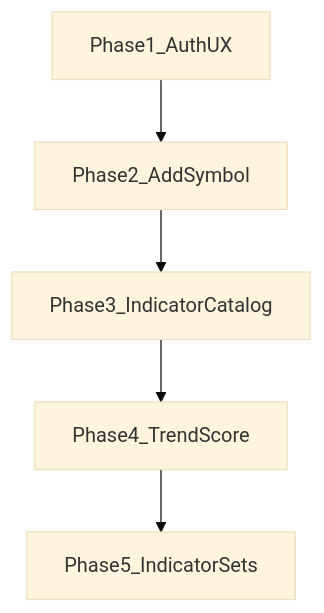
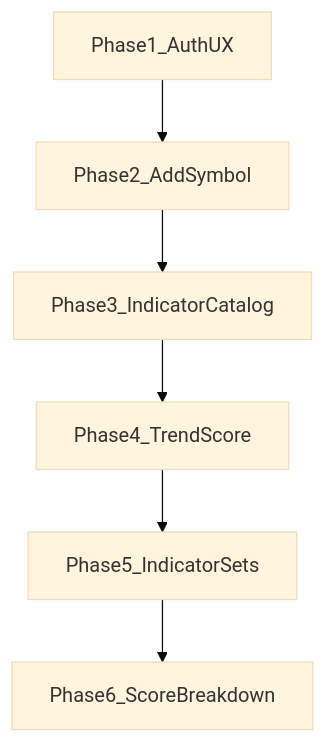
One commit to KenichiroArai/market-platform changed the diagram in docs/roadmap/v0/v0.2/v0.2.0.md. Above: the diagram before and after it, drawn with Mermaid (base theme). The commit also changed other lines of this file and 13 other files, not shown here.

````diff
--- a/docs/roadmap/v0/v0.2/v0.2.0.md
+++ b/docs/roadmap/v0/v0.2/v0.2.0.md
@@ -5,9 +5,10 @@
 ```mermaid
 flowchart TB
   p1[Phase1_AuthUX]
   p2[Phase2_AddSymbol]
   p3[Phase3_IndicatorCatalog]
   p4[Phase4_TrendScore]
   p5[Phase5_IndicatorSets]
-  p1 --> p2 --> p3 --> p4 --> p5
+  p6[Phase6_ScoreBreakdown]
+  p1 --> p2 --> p3 --> p4 --> p5 --> p6
 ```
````
